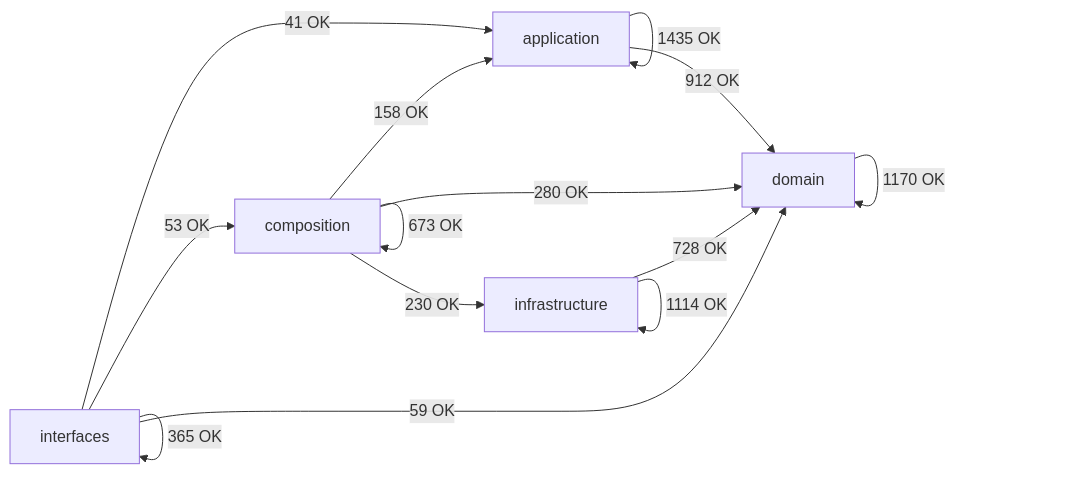
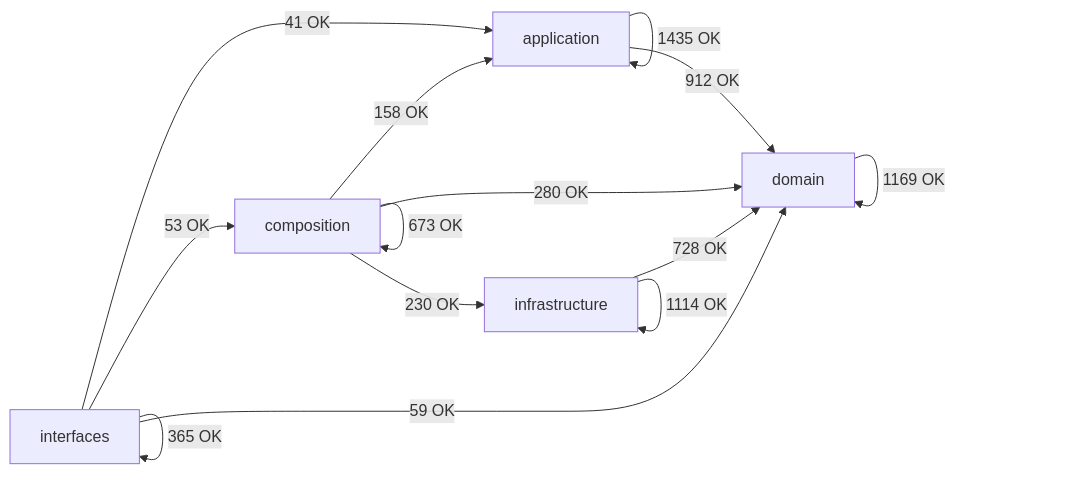
One commit to SatoryKono/BioactivityDataAcquisition changed the diagram in docs/02-architecture/generated/module-dependency-map.md. Above: the diagram before and after it, drawn with Mermaid. The commit also changed other lines of this file and 19 other files, not shown here.

````diff
--- a/docs/02-architecture/generated/module-dependency-map.md
+++ b/docs/02-architecture/generated/module-dependency-map.md
@@ -17,21 +17,21 @@
 ```mermaid
 flowchart LR
     domain[domain]
     application[application]
     infrastructure[infrastructure]
     composition[composition]
     interfaces[interfaces]
     application -->|1435 OK| application
     application -->|912 OK| domain
     composition -->|158 OK| application
     composition -->|673 OK| composition
     composition -->|280 OK| domain
     composition -->|230 OK| infrastructure
-    domain -->|1170 OK| domain
+    domain -->|1169 OK| domain
     infrastructure -->|728 OK| domain
     infrastructure -->|1114 OK| infrastructure
     interfaces -->|41 OK| application
     interfaces -->|53 OK| composition
     interfaces -->|59 OK| domain
     interfaces -->|365 OK| interfaces
 ```
````
